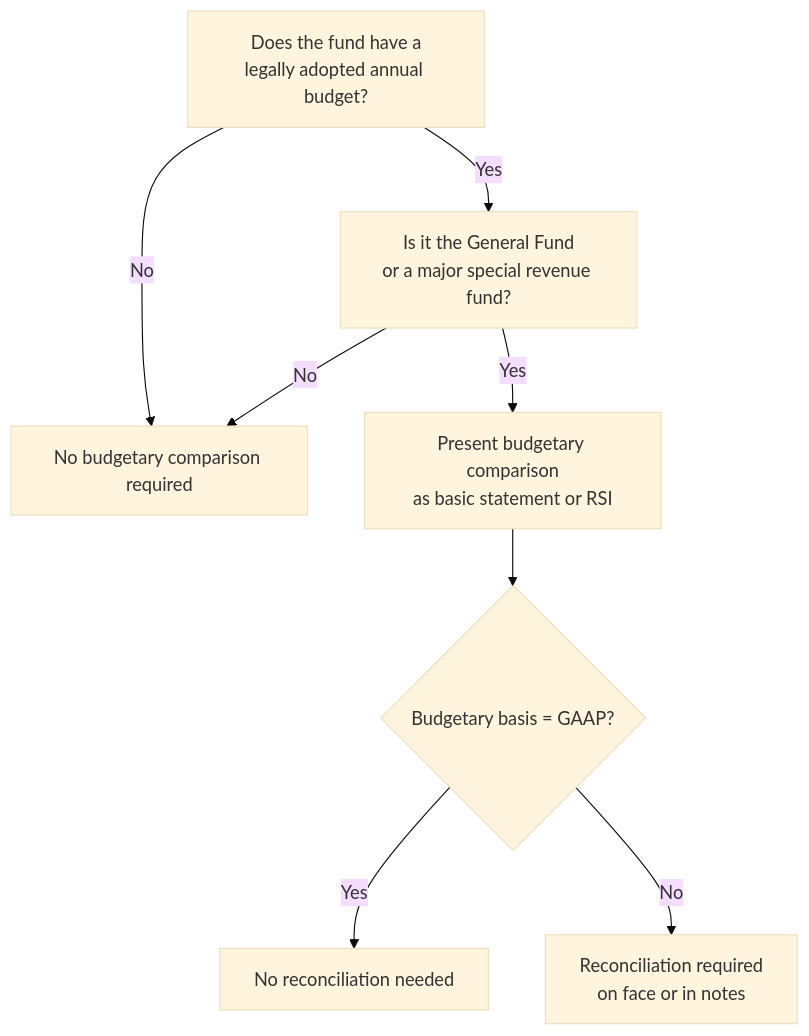
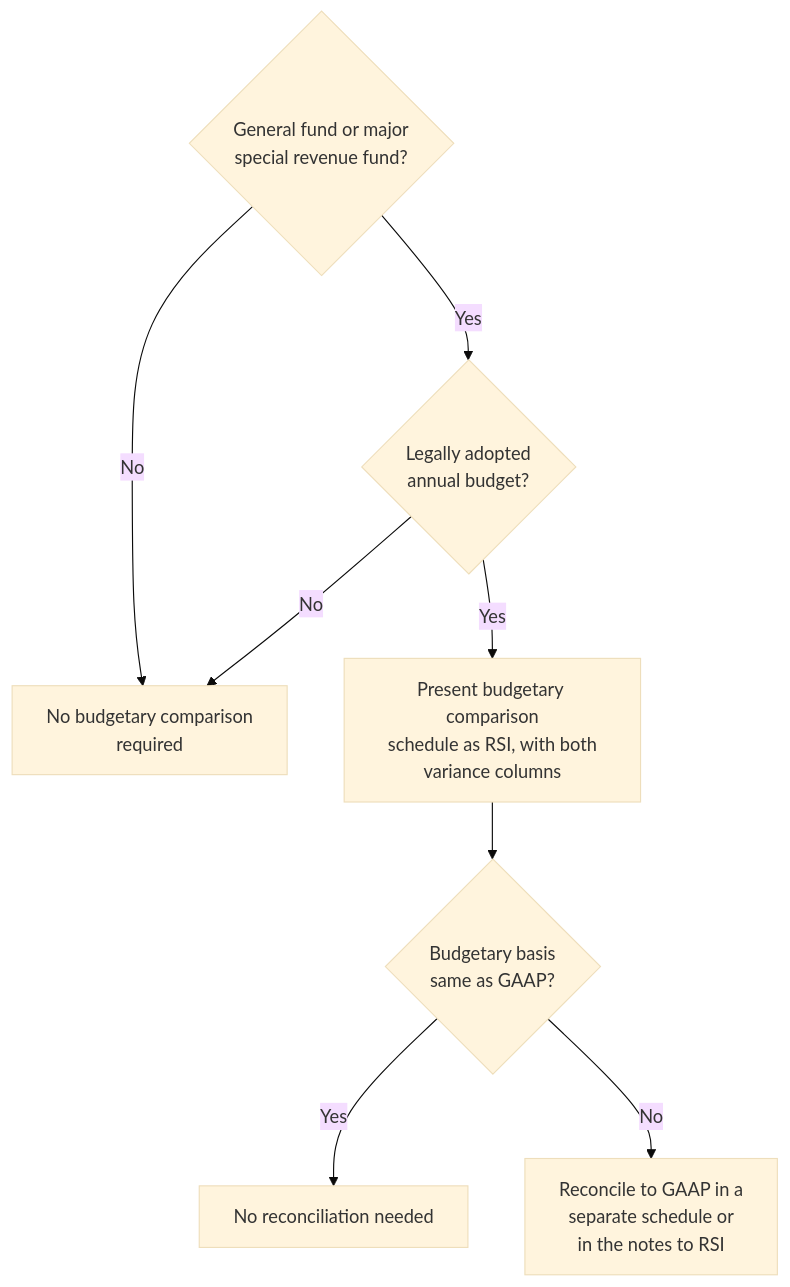
The diagram in docs/bar/governmental-financial-statements/budgetary-comparison-reporting.md (subwaymatch/cpabear-book), drawn with Mermaid (base theme) before and after one commit. The commit also changed other lines of this file and 204 other files, not shown here.

First line of the commit message:
Update the book for the 2027 CPA Exam Blueprints, fix dark-mode diagrams, add diagram zoom (#49)

````diff
--- a/docs/bar/governmental-financial-statements/budgetary-comparison-reporting.md
+++ b/docs/bar/governmental-financial-statements/budgetary-comparison-reporting.md
@@ -187,10 +124,10 @@
 ```mermaid
 flowchart TD
-    A[Does the fund have a<br/>legally adopted annual budget?] -->|Yes| B[Is it the General Fund<br/>or a major special revenue fund?]
-    A -->|No| C[No budgetary comparison required]
-    B -->|Yes| D[Present budgetary comparison<br/>as basic statement or RSI]
+    A{"General fund or major<br/>special revenue fund?"} -->|No| C["No budgetary comparison<br/>required"]
+    A -->|Yes| B{"Legally adopted<br/>annual budget?"}
     B -->|No| C
-    D --> E{Budgetary basis = GAAP?}
-    E -->|Yes| F[No reconciliation needed]
-    E -->|No| G[Reconciliation required<br/>on face or in notes]
+    B -->|Yes| D["Present budgetary comparison<br/>schedule as RSI, with both<br/>variance columns"]
+    D --> E{"Budgetary basis<br/>same as GAAP?"}
+    E -->|Yes| F["No reconciliation needed"]
+    E -->|No| G["Reconcile to GAAP in a<br/>separate schedule or<br/>in the notes to RSI"]
 ```
````
